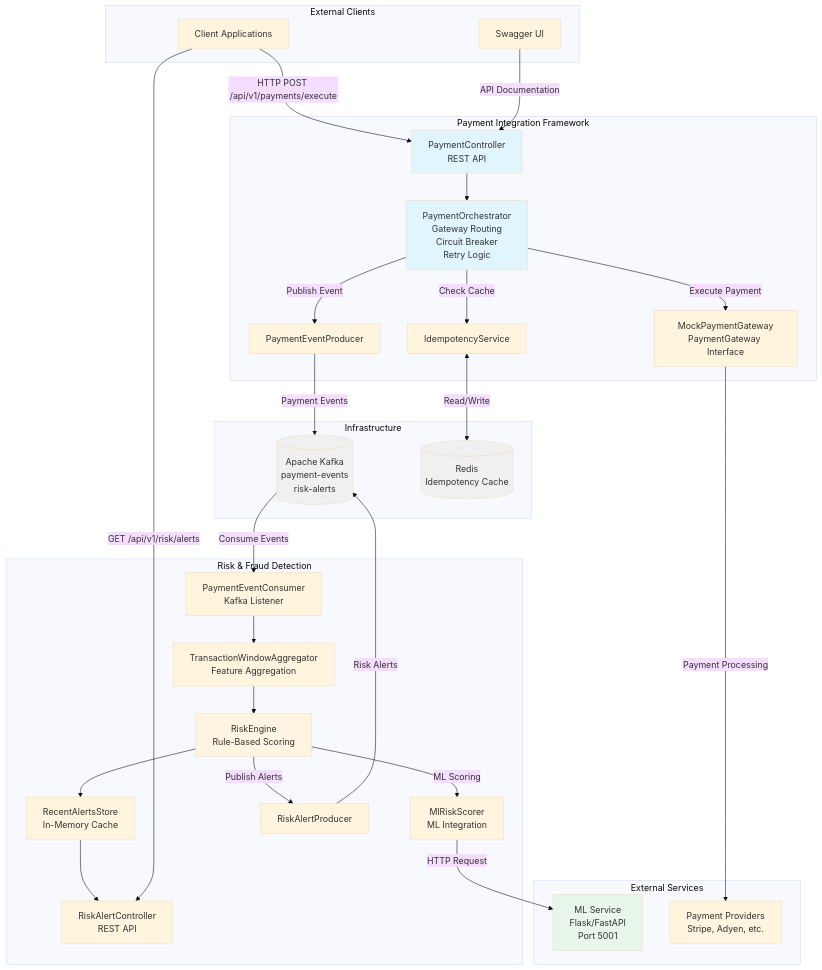
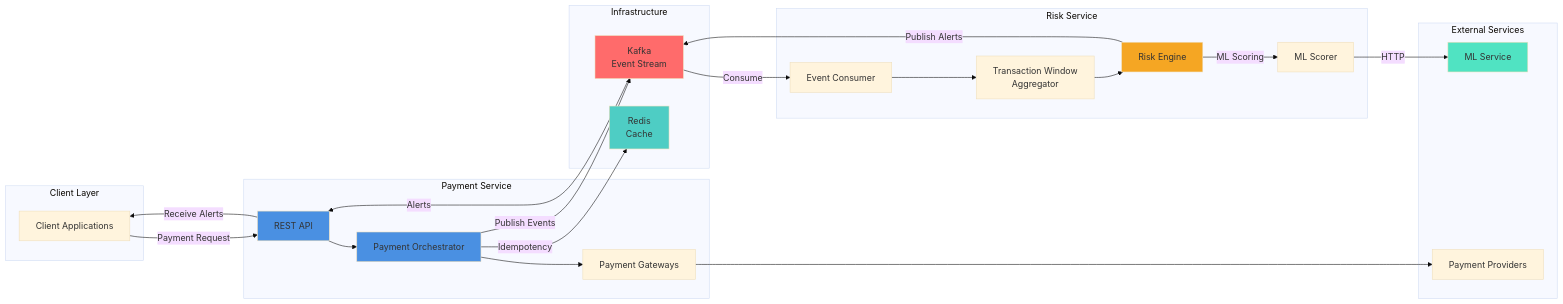
The diagram in README.md (mehal1/payment-integration-framework), drawn with Mermaid (base theme) before and after one commit.

Commit message:
Updated the Design digram

````diff
--- a/README.md
+++ b/README.md
@@ -125,63 +125,52 @@
 ```mermaid
-graph TB
-    subgraph "External Clients"
+graph LR
+    subgraph CL["Client Layer"]
         Client[Client Applications]
-        Swagger[Swagger UI]
     end
 
-    subgraph "Payment Integration Framework"
-        API[PaymentController<br/>REST API]
-        Orchestrator[PaymentOrchestrator<br/>Gateway Routing<br/>Circuit Breaker<br/>Retry Logic]
-        Idempotency[IdempotencyService]
-        Gateway[MockPaymentGateway<br/>PaymentGateway Interface]
-        Producer[PaymentEventProducer]
+    subgraph PS["Payment Service"]
+        API[REST API]
+        Orchestrator[Payment Orchestrator]
+        Gateway[Payment Gateways]
     end
 
-    subgraph "Risk & Fraud Detection"
-        Consumer[PaymentEventConsumer<br/>Kafka Listener]
-        Aggregator[TransactionWindowAggregator<br/>Feature Aggregation]
-        RiskEngine[RiskEngine<br/>Rule-Based Scoring]
-        MLScorer[MlRiskScorer<br/>ML Integration]
-        AlertStore[RecentAlertsStore<br/>In-Memory Cache]
-        AlertAPI[RiskAlertController<br/>REST API]
-        AlertProducer[RiskAlertProducer]
+    subgraph RS["Risk Service"]
+        Consumer[Event Consumer]
+        Aggregator[Transaction Window<br/>Aggregator]
+        RiskEngine[Risk Engine]
+        MLScorer[ML Scorer]
     end
 
-    subgraph "Infrastructure"
-        Kafka[(Apache Kafka<br/>payment-events<br/>risk-alerts)]
-        Redis[(Redis<br/>Idempotency Cache)]
+    subgraph DL["Infrastructure"]
+        Kafka[Kafka<br/>Event Stream]
+        Redis[Redis<br/>Cache]
     end
 
-    subgraph "External Services"
-        MLService[ML Service<br/>Flask/FastAPI<br/>Port 5001]
-        PaymentProviders[Payment Providers<br/>Stripe, Adyen, etc.]
+    subgraph ES["External Services"]
+        MLService[ML Service]
+        PaymentProviders[Payment Providers]
     end
 
-    Client -->|HTTP POST /api/v1/payments/execute| API
-    Swagger -->|API Documentation| API
+    Client -->|Payment Request| API
     API --> Orchestrator
-    Orchestrator -->|Check Cache| Idempotency
-    Idempotency <-->|Read/Write| Redis
-    Orchestrator -->|Execute Payment| Gateway
-    Gateway -->|Payment Processing| PaymentProviders
-    Orchestrator -->|Publish Event| Producer
-    Producer -->|Payment Events| Kafka
+    Orchestrator -->|Idempotency| Redis
+    Orchestrator --> Gateway
+    Gateway --> PaymentProviders
+    Orchestrator -->|Publish Events| Kafka
     
-    Kafka -->|Consume Events| Consumer
+    Kafka -->|Consume| Consumer
     Consumer --> Aggregator
     Aggregator --> RiskEngine
     RiskEngine -->|ML Scoring| MLScorer
-    MLScorer -->|HTTP Request| MLService
-    RiskEngine --> AlertStore
-    AlertStore --> AlertAPI
-    Client -->|GET /api/v1/risk/alerts| AlertAPI
-    RiskEngine -->|Publish Alerts| AlertProducer
-    AlertProducer -->|Risk Alerts| Kafka
+    MLScorer -->|HTTP| MLService
+    RiskEngine -->|Publish Alerts| Kafka
+    Kafka -->|Alerts| API
+    API -->|Receive Alerts| Client
 
-    style API fill:#e1f5ff
-    style Orchestrator fill:#e1f5ff
-    style RiskEngine fill:#fff4e1
-    style Kafka fill:#f0f0f0
-    style Redis fill:#f0f0f0
-    style MLService fill:#e8f5e9
+    style API fill:#4A90E2
+    style Orchestrator fill:#4A90E2
+    style RiskEngine fill:#F5A623
+    style Kafka fill:#FF6B6B
+    style Redis fill:#4ECDC4
+    style MLService fill:#50E3C2
 ```
````
